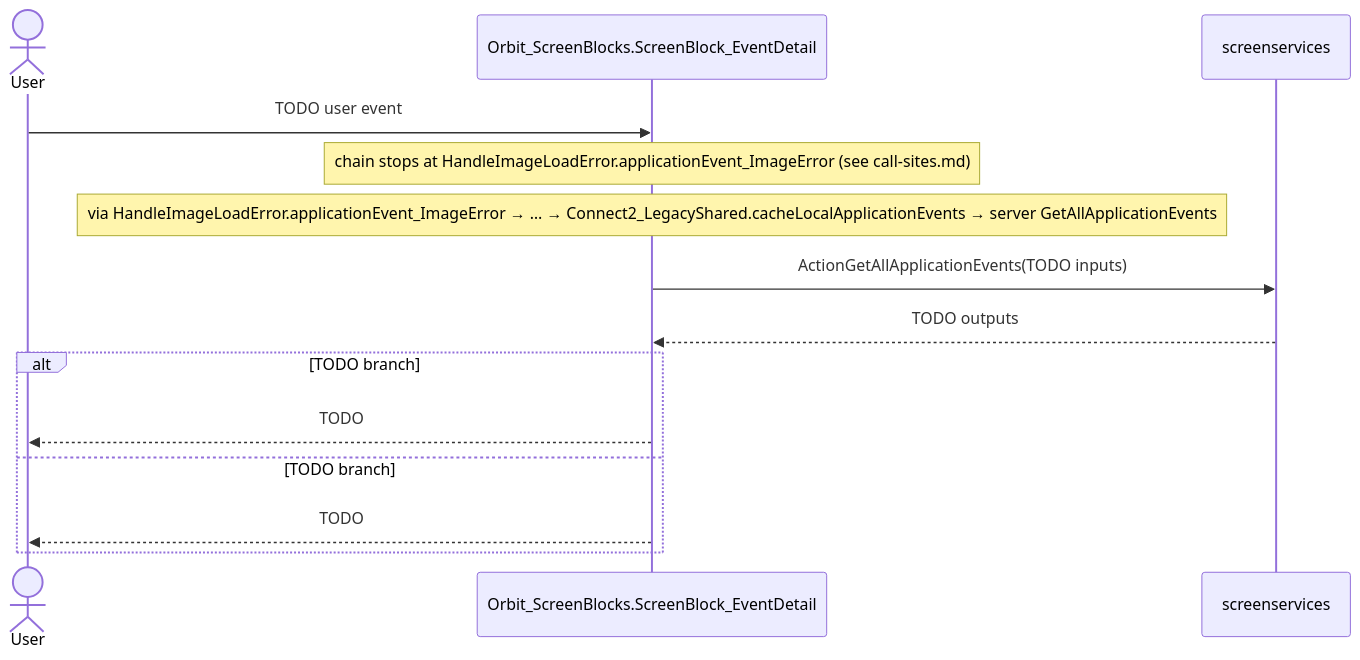
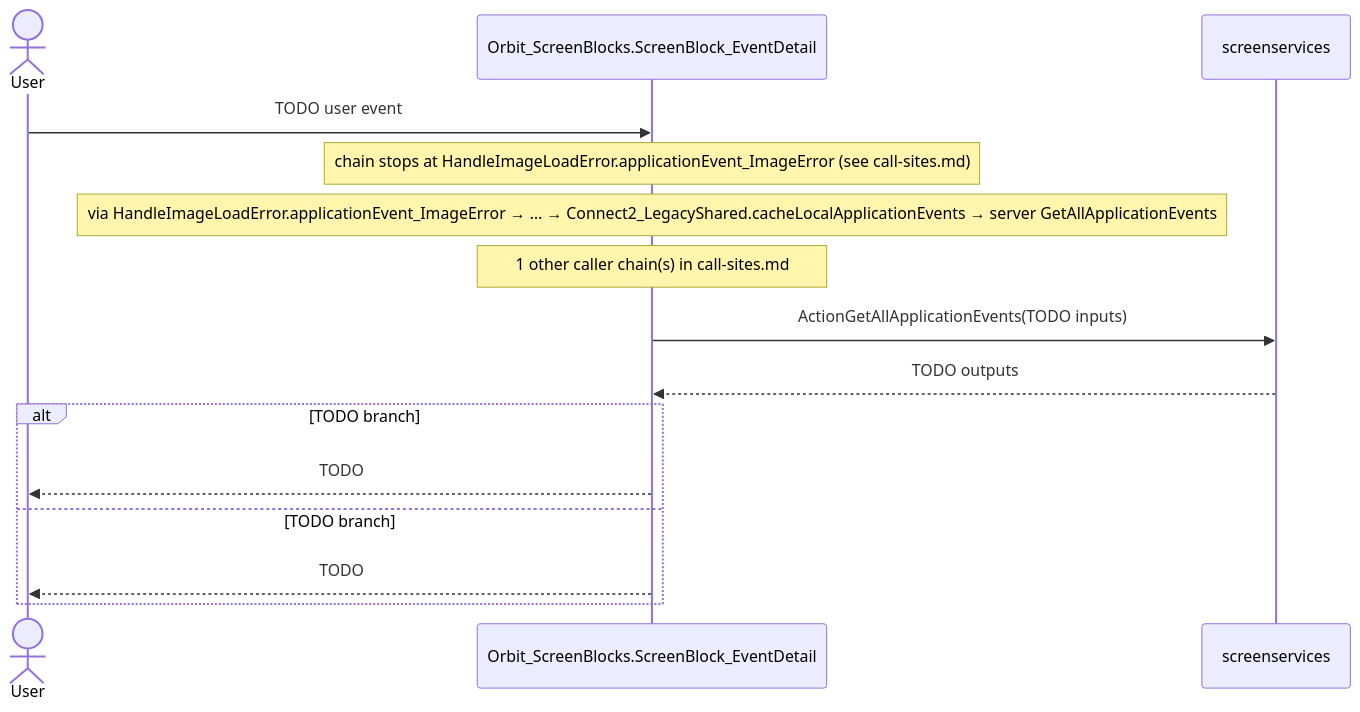
One commit to Phoenix-DX/connect-new-ui changed the third of 3 diagrams in migration/screens/EventDetail/analysis/diagrams.md. Above: the diagram before and after it, drawn with Mermaid. The commit also changed other lines of this file and 1877 other files, not shown here.

````diff
--- a/migration/screens/EventDetail/analysis/diagrams.md
+++ b/migration/screens/EventDetail/analysis/diagrams.md
@@ -79,17 +92,18 @@
 ```mermaid
 %% DRAFT: trigger from call-sites.md; replace TODOs with the result handling of the calling action
 sequenceDiagram
   actor U as User
   participant S as Orbit_ScreenBlocks.ScreenBlock_EventDetail
   participant API as screenservices
   U->>S: TODO user event
   Note over S: chain stops at HandleImageLoadError.applicationEvent_ImageError (see call-sites.md)
   Note over S: via HandleImageLoadError.applicationEvent_ImageError → … → Connect2_LegacyShared.cacheLocalApplicationEvents → server GetAllApplicationEvents
+  Note over S: 1 other caller chain(s) in call-sites.md
   S->>API: ActionGetAllApplicationEvents(TODO inputs)
   API-->>S: TODO outputs
   alt TODO branch
     S-->>U: TODO
   else TODO branch
     S-->>U: TODO
   end
 ```
````
